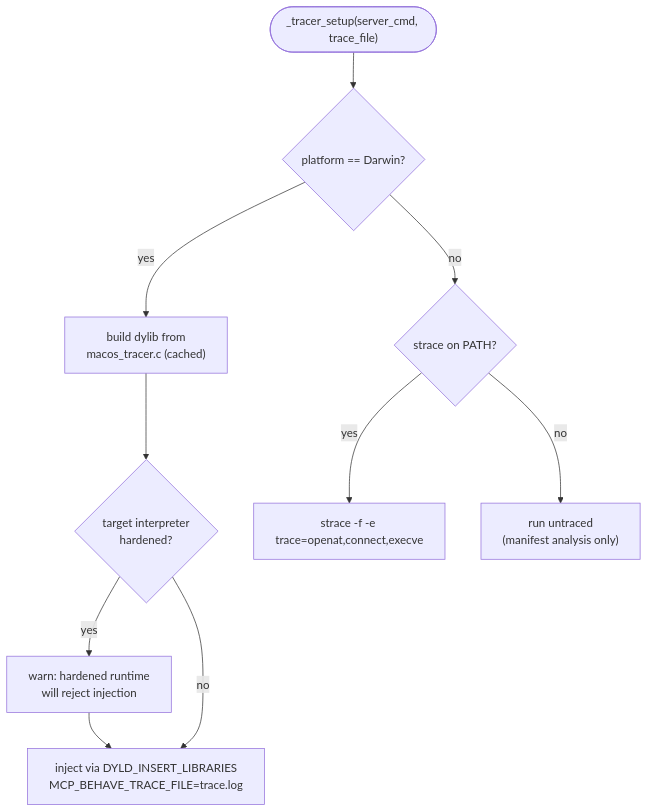
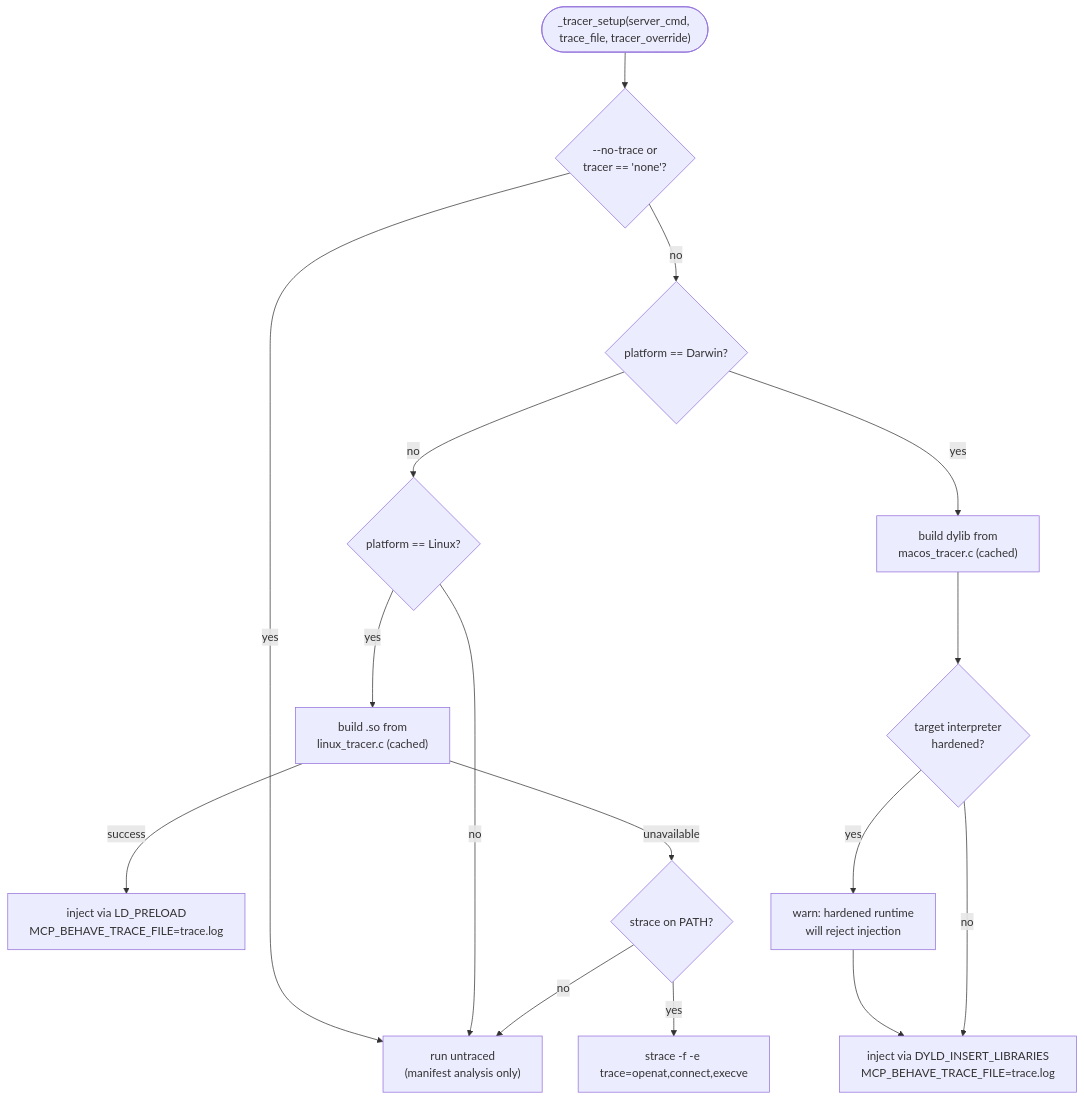
Before and after one commit to actions-marketplace-validations/navid72m_mcp-behave: the sixth of 8 diagrams in ARCHITECTURE.md, drawn with Mermaid. The commit also changed other lines of this file and 13 other files, not shown here.

First line of the commit message:
feat: enable usage without strace via native Linux LD_PRELOAD, macOS dylib, and untraced mode

````diff
--- a/ARCHITECTURE.md
+++ b/ARCHITECTURE.md
@@ -167,22 +170,32 @@
 ```mermaid
 flowchart TD
-    START(["_tracer_setup(server_cmd, trace_file)"])
+    START(["_tracer_setup(server_cmd, trace_file, tracer_override)"])
+    OVERRIDE{"--no-trace or<br/>tracer == 'none'?"}
     DARWIN{"platform == Darwin?"}
-    BUILD["build dylib from<br/>macos_tracer.c (cached)"]
+    BUILD_MAC["build dylib from<br/>macos_tracer.c (cached)"]
     HARD{"target interpreter<br/>hardened?"}
-    INJ["inject via DYLD_INSERT_LIBRARIES<br/>MCP_BEHAVE_TRACE_FILE=trace.log"]
+    INJ_MAC["inject via DYLD_INSERT_LIBRARIES<br/>MCP_BEHAVE_TRACE_FILE=trace.log"]
+    LINUX{"platform == Linux?"}
+    BUILD_LINUX["build .so from<br/>linux_tracer.c (cached)"]
+    INJ_LINUX["inject via LD_PRELOAD<br/>MCP_BEHAVE_TRACE_FILE=trace.log"]
     STRACE_AVAIL{"strace on PATH?"}
     STRACE_RUN["strace -f -e trace=openat,connect,execve"]
     UNTRACED["run untraced<br/>(manifest analysis only)"]
     WARN["warn: hardened runtime<br/>will reject injection"]
 
-    START --> DARWIN
-    DARWIN -- yes --> BUILD
-    BUILD --> HARD
+    START --> OVERRIDE
+    OVERRIDE -- yes --> UNTRACED
+    OVERRIDE -- no --> DARWIN
+    DARWIN -- yes --> BUILD_MAC
+    BUILD_MAC --> HARD
     HARD -- yes --> WARN
-    WARN --> INJ
-    HARD -- no --> INJ
-    DARWIN -- no --> STRACE_AVAIL
+    WARN --> INJ_MAC
+    HARD -- no --> INJ_MAC
+    DARWIN -- no --> LINUX
+    LINUX -- yes --> BUILD_LINUX
+    BUILD_LINUX -- success --> INJ_LINUX
+    BUILD_LINUX -- unavailable --> STRACE_AVAIL
+    LINUX -- no --> UNTRACED
     STRACE_AVAIL -- yes --> STRACE_RUN
     STRACE_AVAIL -- no --> UNTRACED
 ```
````
